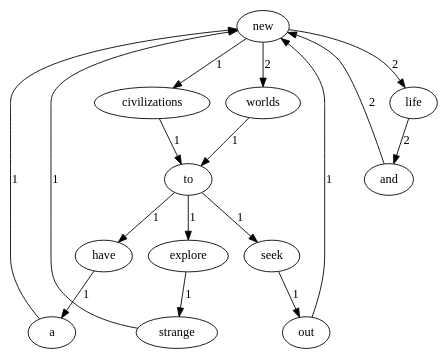
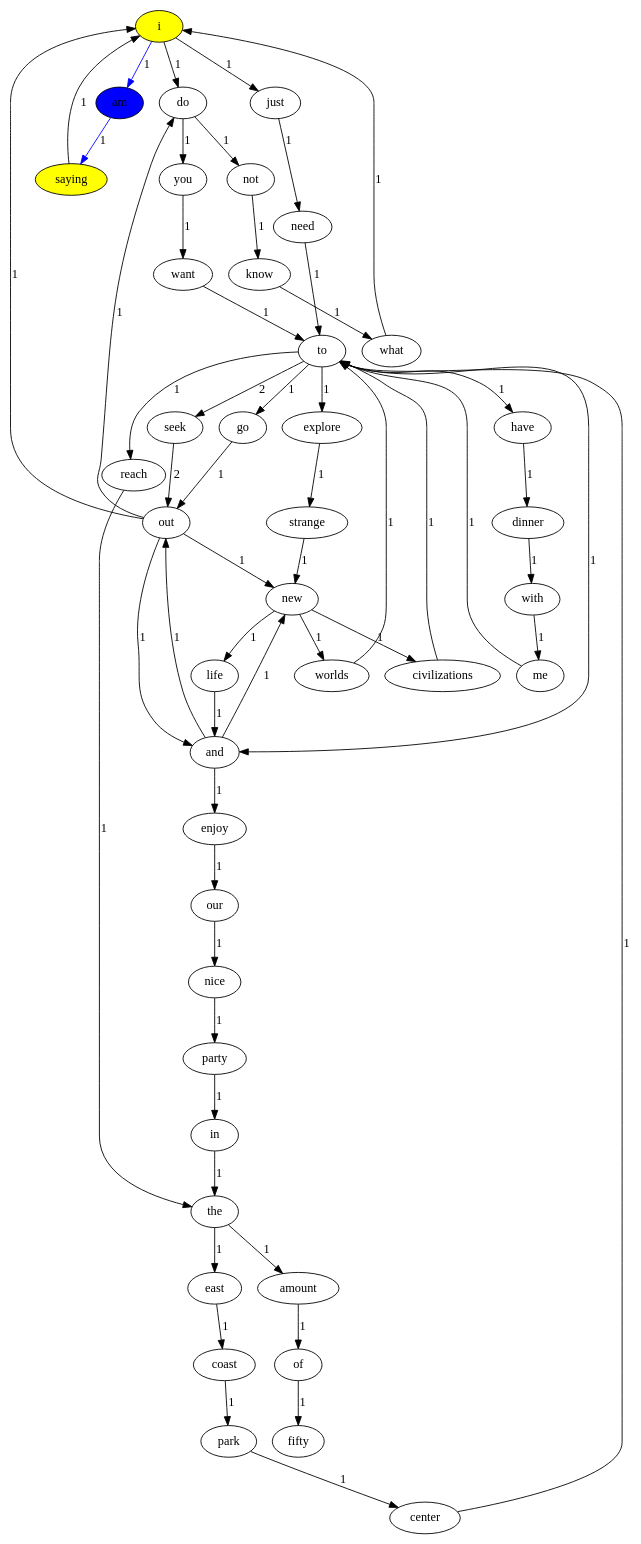
One commit to Luhuaciji/Lab1-2021110774 changed the diagram in lab1/dotsource.dot. Above: the diagram before and after it, drawn with Graphviz. The commit also changed 4 other files, not shown here.

```diff
--- a/lab1/dotsource.dot
+++ b/lab1/dotsource.dot
@@ -1,18 +1,160 @@
 digraph G {
-new -> worlds [label="2"];
+i [style=filled, fillcolor=yellow];
+saying [style=filled, fillcolor=yellow];
+am [style=filled, fillcolor=blue];
+i -> am [color=blue, label="1"];
+am -> saying [color=blue, label="1"];
+worlds
+worlds -> to [label="1"];
+to
+reach
+reach -> the [label="1"];
+the
+enjoy
+enjoy -> our [label="1"];
+our
+do
+do -> not [label="1"];
+not
+do
+do -> you [label="1"];
+you
+seek
+seek -> out [label="2"];
+out
+our
+our -> nice [label="1"];
+nice
+life
+life -> and [label="1"];
+and
+out
+out -> new [label="1"];
+new
+out
+out -> and [label="1"];
+and
+out
+out -> i [label="1"];
+out
+out -> do [label="1"];
+do
+east
+east -> coast [label="1"];
+coast
+not
+not -> know [label="1"];
+know
+and
+and -> new [label="1"];
+new
+and
+and -> enjoy [label="1"];
+enjoy
+and
+and -> out [label="1"];
+out
+of
+of -> fifty [label="1"];
+fifty
+have
+have -> dinner [label="1"];
+dinner
+me
+me -> to [label="1"];
+to
+saying -> i [label="1"];
+civilizations
+civilizations -> to [label="1"];
+to
+just
+just -> need [label="1"];
+need
+you
+you -> want [label="1"];
+want
+park
+park -> center [label="1"];
+center
+new
+new -> worlds [label="1"];
+worlds
+new
 new -> civilizations [label="1"];
-new -> life [label="2"];
-a -> new [label="1"];
-worlds -> to [label="1"];
+civilizations
+new
+new -> life [label="1"];
+life
+amount
+amount -> of [label="1"];
+of
+explore
 explore -> strange [label="1"];
-and -> new [label="2"];
-have -> a [label="1"];
+strange
+in
+in -> the [label="1"];
+the
+need
+need -> to [label="1"];
+to
+want
+want -> to [label="1"];
+to
+center
+center -> to [label="1"];
+to
+go
+go -> out [label="1"];
+out
+i -> do [label="1"];
+do
+i -> just [label="1"];
+just
+dinner
+dinner -> with [label="1"];
+with
+strange
+strange -> new [label="1"];
+new
+nice
+nice -> party [label="1"];
+party
+the
+the -> east [label="1"];
+east
+the
+the -> amount [label="1"];
+amount
+with
+with -> me [label="1"];
+me
+coast
+coast -> park [label="1"];
+park
+what
+what -> i [label="1"];
+know
+know -> what [label="1"];
+what
+to
 to -> explore [label="1"];
+explore
+to
+to -> and [label="1"];
+and
+to
+to -> reach [label="1"];
+reach
+to
 to -> have [label="1"];
-to -> seek [label="1"];
-civilizations -> to [label="1"];
-seek -> out [label="1"];
-strange -> new [label="1"];
-life -> and [label="2"];
-out -> new [label="1"];
+have
+to
+to -> go [label="1"];
+go
+to
+to -> seek [label="2"];
+seek
+party
+party -> in [label="1"];
+in
 }
```
